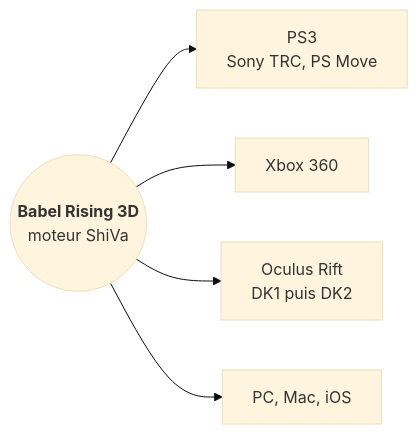
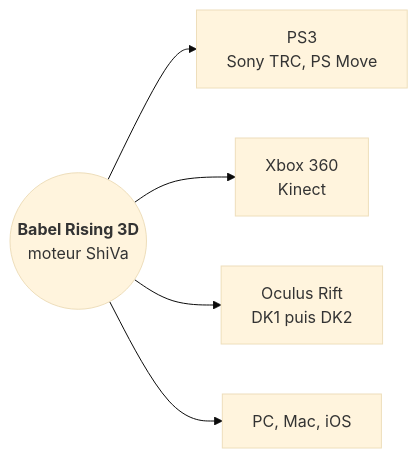
One commit to fsimonpro/fsimonpro changed the first of 2 diagrams in portfolio/fr/mando.md. Above: the diagram before and after it, drawn with Mermaid (base theme). The commit also changed other lines of this file and 5 other files, not shown here.

````diff
--- a/portfolio/fr/mando.md
+++ b/portfolio/fr/mando.md
@@ -36,7 +36,7 @@
 ```mermaid
 flowchart LR
     S(("<b>Babel Rising 3D</b><br/>moteur ShiVa")) --> PS3["PS3<br/>Sony TRC, PS Move"]
-    S --> X["Xbox 360"]
+    S --> X["Xbox 360<br/>Kinect"]
     S --> O["Oculus Rift<br/>DK1 puis DK2"]
     S --> P["PC, Mac, iOS"]
 ```
````
